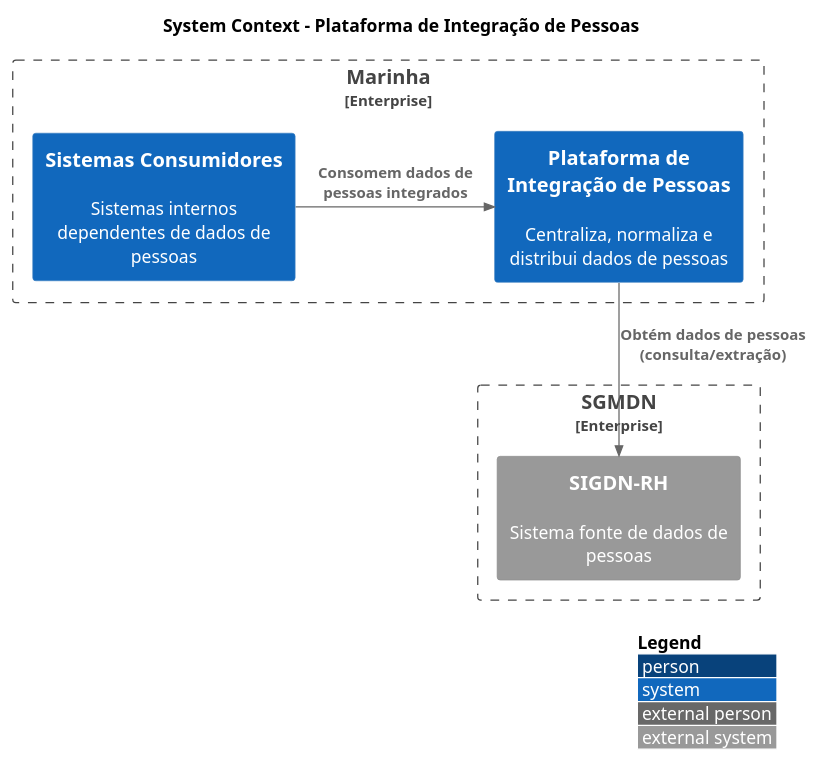
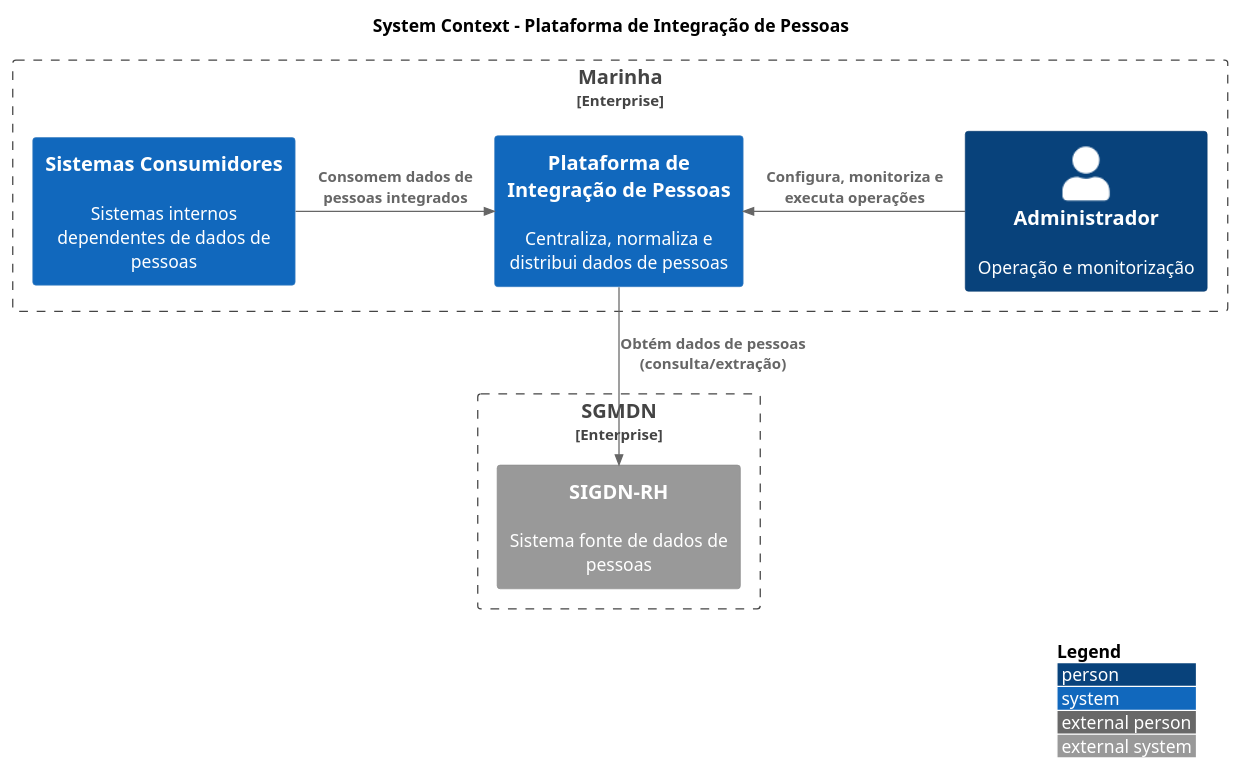
The diagram in docs/c4/system-context.md (Raimundo82/pessoas-integracao), drawn with PlantUML before and after one commit. The commit also changed 1 other file, not shown here.

Commit message:
docs(c4): add admin actor and refine container diagram (#295)
## Checklist

- [X] Branch name follows **Conventional Branch**
- [X] PR titles and Commit messages follow **Conventional Commits**

````diff
--- a/docs/c4/system-context.md
+++ b/docs/c4/system-context.md
@@ -3,19 +3,21 @@
 ```plantuml
 @startuml system-context-pessoas-integracao
 !include https://raw.githubusercontent.com/plantuml-stdlib/C4-PlantUML/master/C4_Context.puml
 
 LAYOUT_WITH_LEGEND()
 
 title System Context - Plataforma de Integração de Pessoas
 
 Enterprise_Boundary(marinha, "Marinha") {
+    Person(admin, "Administrador", "Operação e monitorização")
     System(pessoas_integracao, "Plataforma de Integração de Pessoas", "Centraliza, normaliza e distribui dados de pessoas")
     System(consumidores, "Sistemas Consumidores", "Sistemas internos dependentes de dados de pessoas")
 }
 Enterprise_Boundary(sgmdn, "SGMDN") {
     System_Ext(sigdn_rh, "SIGDN-RH", "Sistema fonte de dados de pessoas")
 }
+Rel_L(admin, pessoas_integracao,"Configura, monitoriza e executa operações")
 Rel_R(consumidores, pessoas_integracao, "Consomem dados de pessoas integrados")
 Rel(pessoas_integracao, sigdn_rh, "Obtém dados de pessoas (consulta/extração)")
 @enduml
 ```
````
